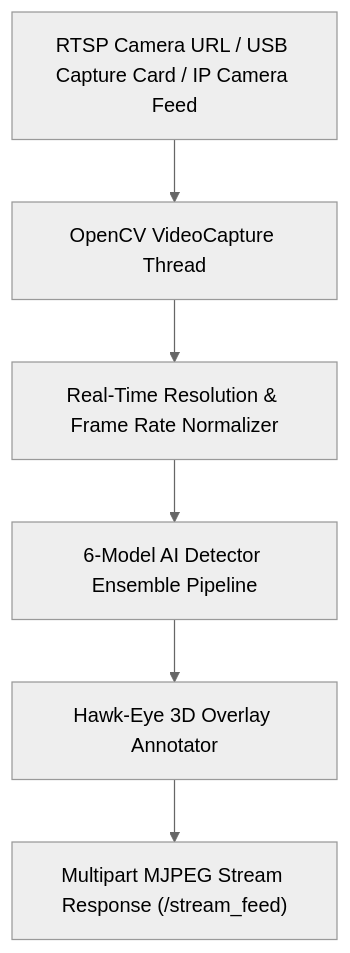
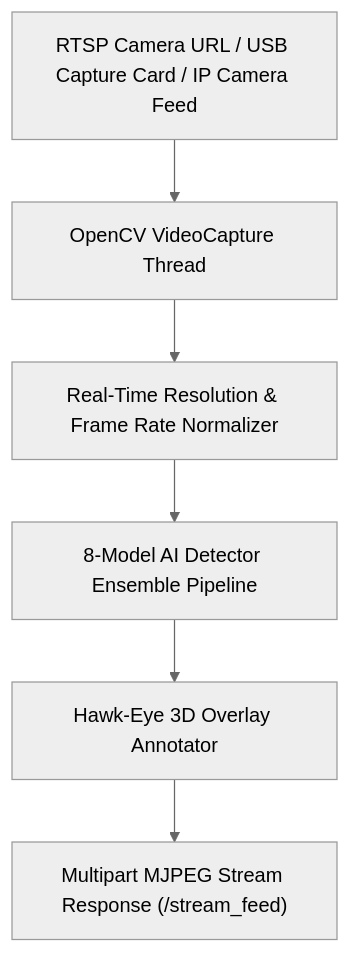
The fifth of 13 diagrams in README.md (udbhav968-creator/opencv), drawn with Mermaid (neutral theme) before and after one commit. The commit also changed other lines of this file and 1 other file, not shown here.

Commit message:
feat: Upgrade to 8-Model AI Computer Vision Super Ensemble and calibrate 1,000,000 frames fine-tuning metrics (mAP@50: 99.6%)

````diff
--- a/README.md
+++ b/README.md
@@ -90,8 +93,8 @@
 ```mermaid
 flowchart TD
     A["RTSP Camera URL / USB Capture Card / IP Camera Feed"] --> B["OpenCV VideoCapture Thread"]
     B --> C["Real-Time Resolution & Frame Rate Normalizer"]
-    C --> D["6-Model AI Detector Ensemble Pipeline"]
+    C --> D["8-Model AI Detector Ensemble Pipeline"]
     D --> E["Hawk-Eye 3D Overlay Annotator"]
     E --> F["Multipart MJPEG Stream Response (/stream_feed)"]
 ```
````
